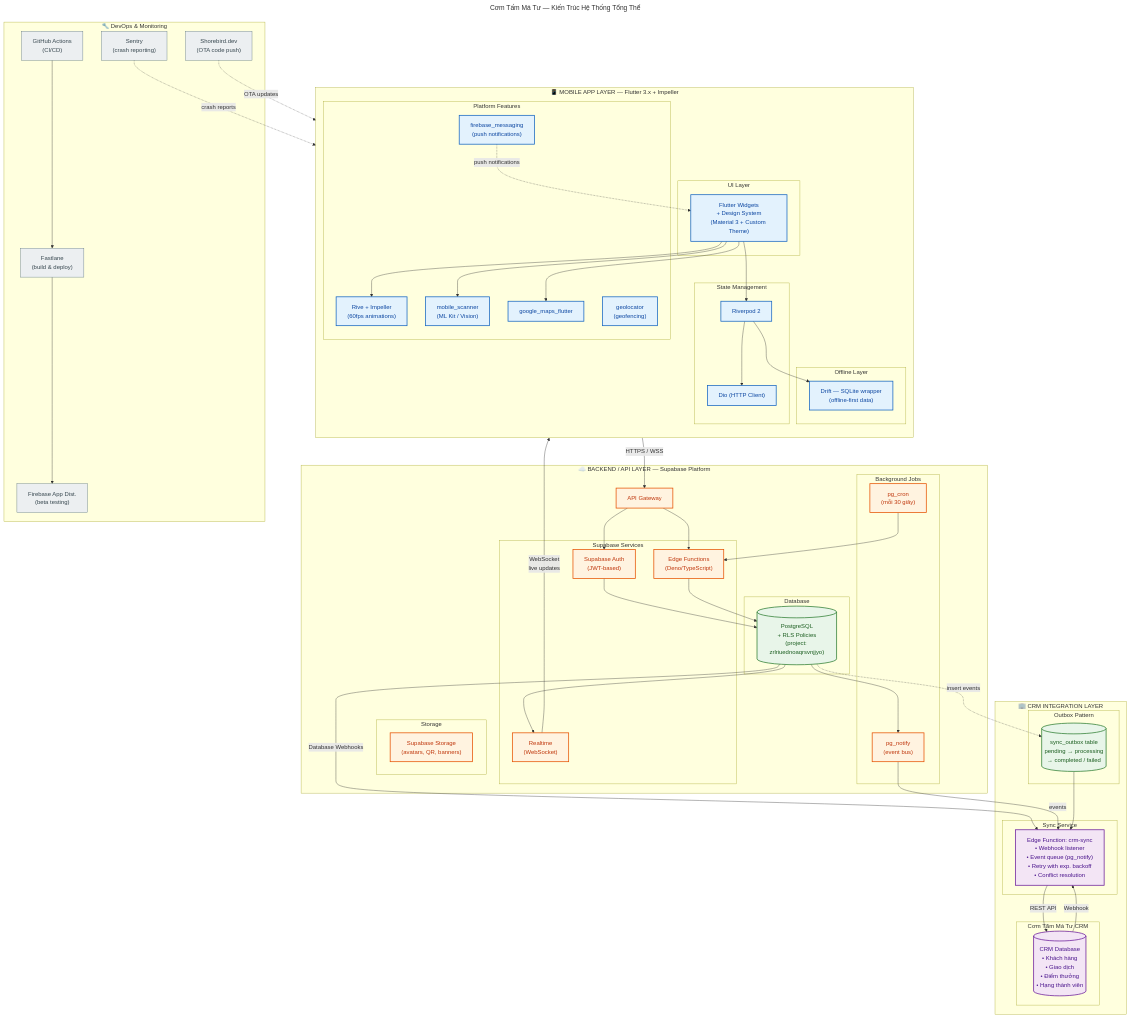
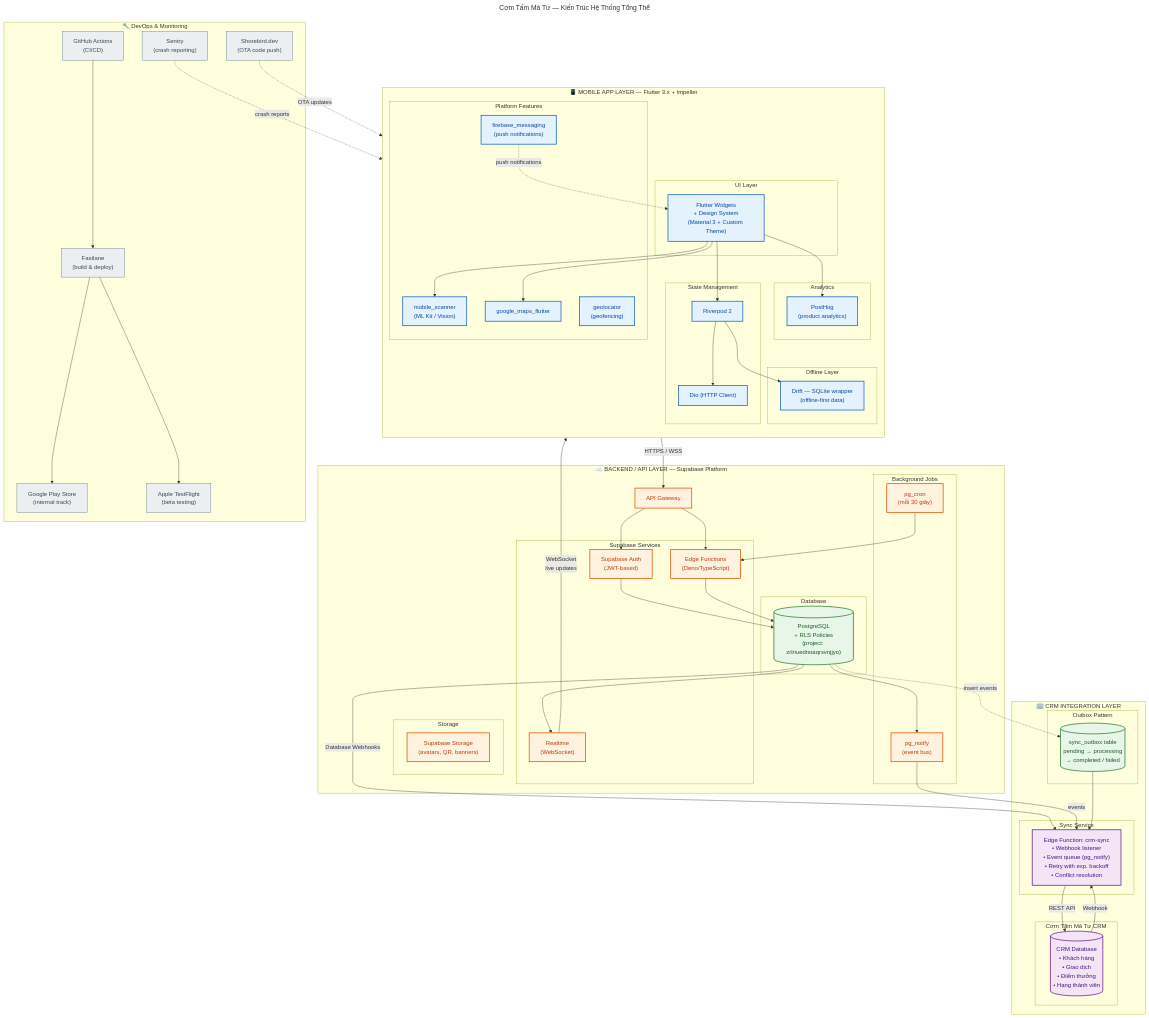
Before and after one commit to binh0599/comtammatu-app: the diagram in diagrams/architecture.mmd, drawn with Mermaid. The commit also changed 1 other file, not shown here.

Commit message:
docs: update diagrams to match actual codebase
- architecture.mmd: replace Rive (not installed) with PostHog analytics,
  replace Firebase App Distribution with Play Store + TestFlight targets
- point-accumulation-flow.mmd: add implementation status comments noting
  missing model fields and backend-only components

```diff
--- a/diagrams/architecture.mmd
+++ b/diagrams/architecture.mmd
@@ -1,106 +1,110 @@
 ---
 title: "Cơm Tấm Má Tư — Kiến Trúc Hệ Thống Tổng Thể"
 ---
 graph TB
     subgraph MOBILE["📱 MOBILE APP LAYER — Flutter 3.x + Impeller"]
         direction TB
         subgraph UI_LAYER["UI Layer"]
             WIDGETS["Flutter Widgets<br/>+ Design System<br/>(Material 3 + Custom Theme)"]
         end
         subgraph STATE_LAYER["State Management"]
             RIVERPOD["Riverpod 2"]
             DIO["Dio (HTTP Client)"]
         end
         subgraph OFFLINE_LAYER["Offline Layer"]
             DRIFT["Drift — SQLite wrapper<br/>(offline-first data)"]
         end
+        subgraph ANALYTICS_LAYER["Analytics"]
+            POSTHOG["PostHog<br/>(product analytics)"]
+        end
         subgraph NATIVE_LAYER["Platform Features"]
-            RIVE["Rive + Impeller<br/>(60fps animations)"]
             CAMERA["mobile_scanner<br/>(ML Kit / Vision)"]
             MAPS["google_maps_flutter"]
             GEO["geolocator<br/>(geofencing)"]
             FCM["firebase_messaging<br/>(push notifications)"]
         end
         WIDGETS --> RIVERPOD
         RIVERPOD --> DIO
         RIVERPOD --> DRIFT
-        WIDGETS --> RIVE
+        WIDGETS --> POSTHOG
         WIDGETS --> CAMERA
         WIDGETS --> MAPS
     end
 
     DIO -->|"HTTPS / WSS"| SUPABASE_GW
 
     subgraph BACKEND["☁️ BACKEND / API LAYER — Supabase Platform"]
         SUPABASE_GW["API Gateway"]
         subgraph SUPABASE_SERVICES["Supabase Services"]
             AUTH["Supabase Auth<br/>(JWT-based)"]
             EDGE["Edge Functions<br/>(Deno/TypeScript)"]
             REALTIME["Realtime<br/>(WebSocket)"]
         end
         subgraph DATABASE["Database"]
             PG[("PostgreSQL<br/>+ RLS Policies<br/>(project: zrlriuednoaqrsvnjjyo)")]
         end
         subgraph STORAGE_SVC["Storage"]
             STORAGE["Supabase Storage<br/>(avatars, QR, banners)"]
         end
         subgraph BACKGROUND["Background Jobs"]
             PGCRON["pg_cron<br/>(mỗi 30 giây)"]
             PGNOTIFY["pg_notify<br/>(event bus)"]
         end
 
         SUPABASE_GW --> AUTH
         SUPABASE_GW --> EDGE
         AUTH --> PG
         EDGE --> PG
         PG --> REALTIME
         PG --> PGNOTIFY
         PGCRON --> EDGE
     end
 
     REALTIME -->|"WebSocket<br/>live updates"| RIVERPOD
     FCM -.->|"push notifications"| WIDGETS
 
     subgraph CRM_LAYER["🏢 CRM INTEGRATION LAYER"]
         subgraph SYNC_SVC["Sync Service"]
             CRM_SYNC["Edge Function: crm-sync<br/>• Webhook listener<br/>• Event queue (pg_notify)<br/>• Retry with exp. backoff<br/>• Conflict resolution"]
         end
         subgraph CRM_SYSTEM["Cơm Tấm Má Tư CRM"]
             CRM[("CRM Database<br/>• Khách hàng<br/>• Giao dịch<br/>• Điểm thưởng<br/>• Hạng thành viên")]
         end
         subgraph OUTBOX["Outbox Pattern"]
             SYNC_OUTBOX[("sync_outbox table<br/>pending → processing<br/>→ completed / failed")]
         end
     end
 
     PG -->|"Database Webhooks"| CRM_SYNC
     PGNOTIFY -->|"events"| CRM_SYNC
     SYNC_OUTBOX --> CRM_SYNC
     CRM_SYNC -->|"REST API"| CRM
     CRM -->|"Webhook"| CRM_SYNC
     PG -.->|"insert events"| SYNC_OUTBOX
 
     subgraph DEVOPS["🔧 DevOps & Monitoring"]
         GHA["GitHub Actions<br/>(CI/CD)"]
         FASTLANE["Fastlane<br/>(build & deploy)"]
         SENTRY["Sentry<br/>(crash reporting)"]
         SHOREBIRD["Shorebird.dev<br/>(OTA code push)"]
-        FIREBASE_DIST["Firebase App Dist.<br/>(beta testing)"]
+        PLAY_STORE["Google Play Store<br/>(internal track)"]
+        TESTFLIGHT["Apple TestFlight<br/>(beta testing)"]
     end
 
     SENTRY -.->|"crash reports"| MOBILE
     SHOREBIRD -.->|"OTA updates"| MOBILE
     GHA --> FASTLANE
-    FASTLANE --> FIREBASE_DIST
+    FASTLANE --> PLAY_STORE
+    FASTLANE --> TESTFLIGHT
 
     classDef mobile fill:#E3F2FD,stroke:#1565C0,stroke-width:2px,color:#0D47A1
     classDef backend fill:#FFF3E0,stroke:#E65100,stroke-width:2px,color:#BF360C
     classDef crm fill:#F3E5F5,stroke:#6A1B9A,stroke-width:2px,color:#4A148C
     classDef db fill:#E8F5E9,stroke:#2E7D32,stroke-width:2px,color:#1B5E20
     classDef devops fill:#ECEFF1,stroke:#546E7A,stroke-width:1px,color:#37474F
 
-    class WIDGETS,RIVERPOD,DIO,DRIFT,RIVE,CAMERA,MAPS,GEO,FCM mobile
+    class WIDGETS,RIVERPOD,DIO,DRIFT,POSTHOG,CAMERA,MAPS,GEO,FCM mobile
     class AUTH,EDGE,REALTIME,SUPABASE_GW,PGCRON,PGNOTIFY,STORAGE backend
     class CRM_SYNC,CRM crm
     class PG,SYNC_OUTBOX db
-    class GHA,FASTLANE,SENTRY,SHOREBIRD,FIREBASE_DIST devops
+    class GHA,FASTLANE,SENTRY,SHOREBIRD,PLAY_STORE,TESTFLIGHT devops
```
